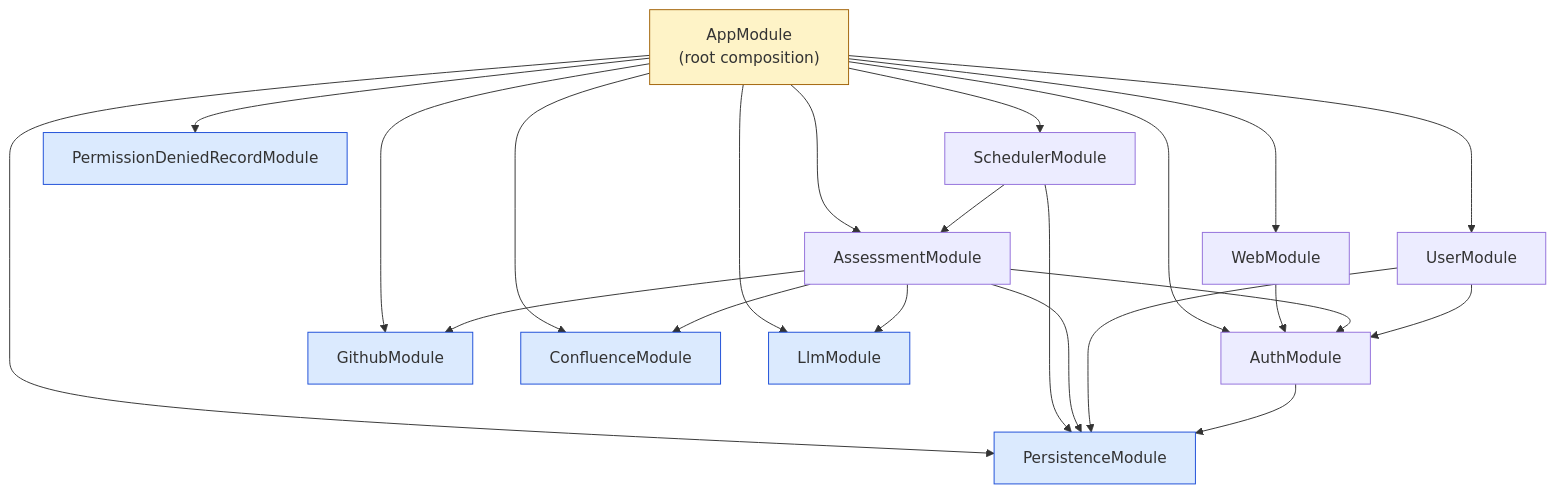
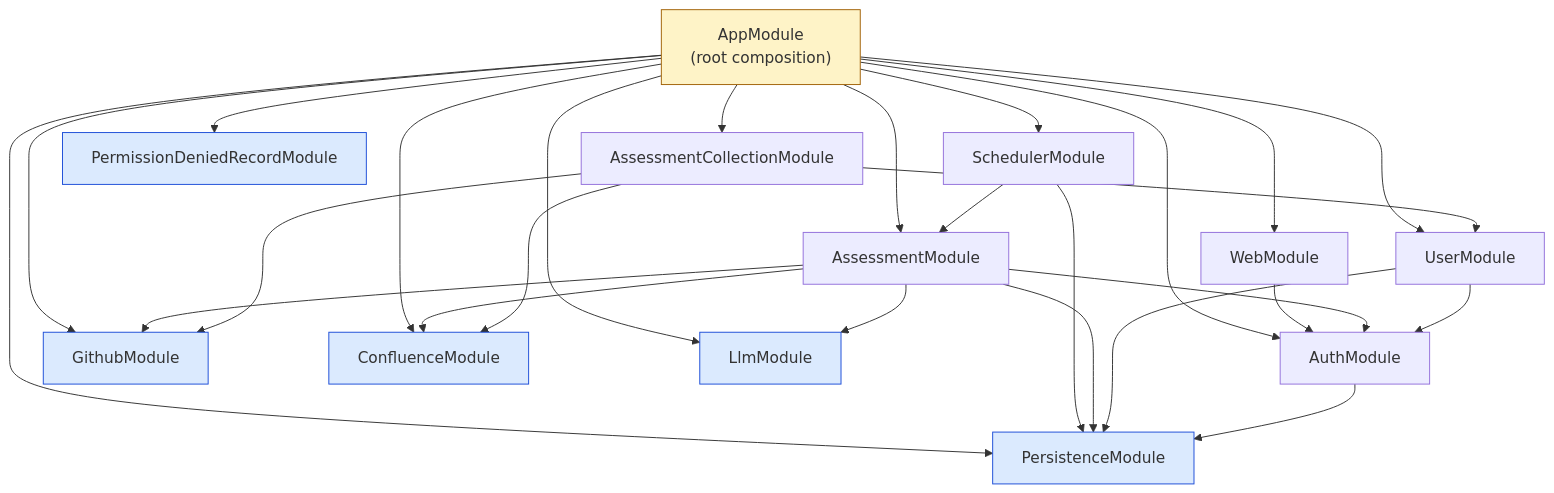
Before and after one commit to myungjoo/Assessment-Agent: the diagram in docs/architecture/modules.md, drawn with Mermaid. The commit also changed other lines of this file and 1 other file, not shown here.

````diff
--- a/docs/architecture/modules.md
+++ b/docs/architecture/modules.md
@@ -49,66 +50,73 @@
 ```mermaid
 graph TB
     %% Root composition
     app["AppModule<br/>(root composition)"]
 
     %% Web layer
     web["WebModule"]
 
     %% Domain modules
     assessment["AssessmentModule"]
+    assessmentCollection["AssessmentCollectionModule"]
     user["UserModule"]
     scheduler["SchedulerModule"]
 
     %% Auth (used by controllers/guards across domain modules)
     auth["AuthModule"]
 
     %% External adapters (leaves, no internal imports)
     github["GithubModule"]
     confluence["ConfluenceModule"]
     llm["LlmModule"]
 
     %% Permission-denied audit persistence (leaf, @Global PrismaService only)
     permissionDenied["PermissionDeniedRecordModule"]
 
     %% Persistence (leaf, only external PostgreSQL TCP)
     persistence["PersistenceModule"]
 
     %% Root composition — AppModule imports every top-level module
     app --> web
     app --> assessment
+    app --> assessmentCollection
     app --> user
     app --> scheduler
     app --> auth
     app --> github
     app --> confluence
     app --> llm
     app --> permissionDenied
     app --> persistence
 
     %% Web → Auth (정적 자산 접근 권한)
     web --> auth
 
     %% Scheduler → Assessment (cron 시각 도달 시 평가 trigger)
     scheduler --> assessment
     scheduler --> persistence
 
     %% Assessment 는 평가 파이프라인 — 모든 adapter + persistence + auth 사용
     assessment --> persistence
     assessment --> auth
     assessment --> github
     assessment --> confluence
     assessment --> llm
 
+    %% AssessmentCollection (P4 수집) → adapter + user(영속화 ContributionService 경유, ADR-0029)
+    assessmentCollection --> github
+    assessmentCollection --> confluence
+    assessmentCollection --> user
+
     %% User → Persistence + Auth
     user --> persistence
     user --> auth
 
     %% Auth → Persistence (사용자·역할 read)
     auth --> persistence
 
     %% Styling — leaf 외부 adapter / persistence 강조
     classDef leaf fill:#dbeafe,stroke:#1d4ed8
     classDef root fill:#fef3c7,stroke:#a16207
     class github,confluence,llm,permissionDenied,persistence leaf
     class app root
 ```
````
